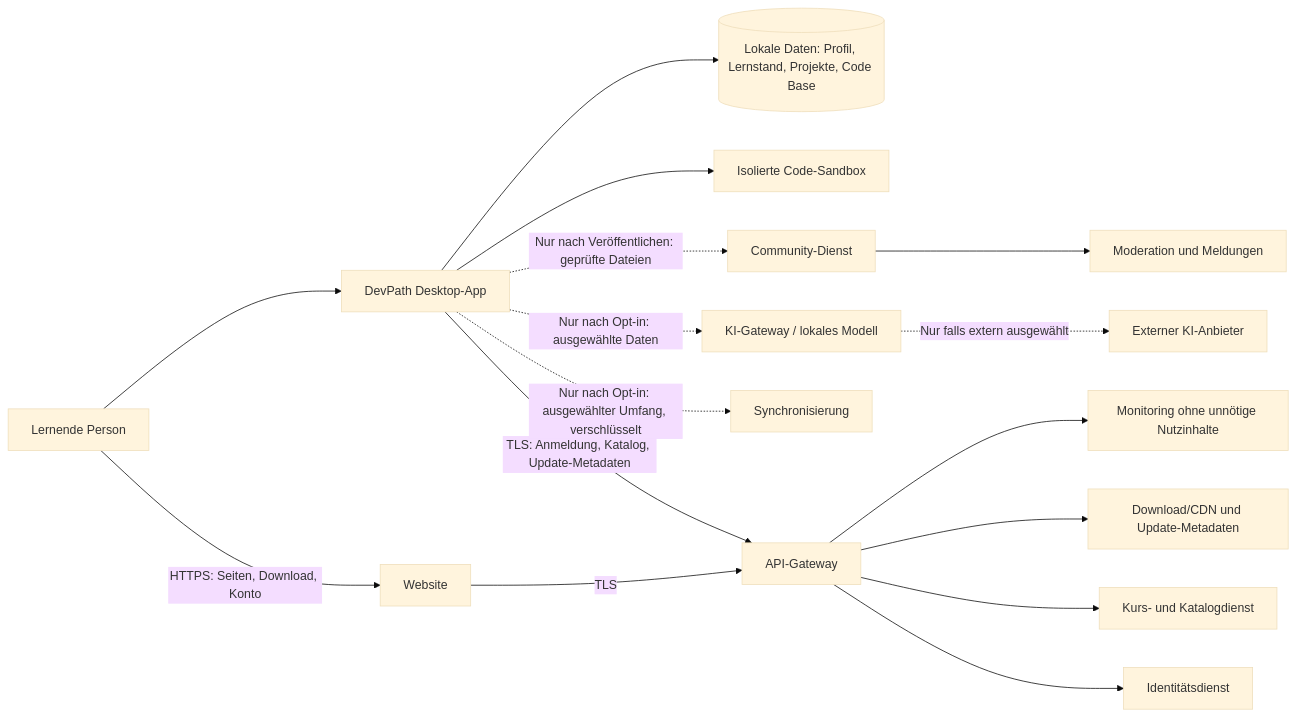
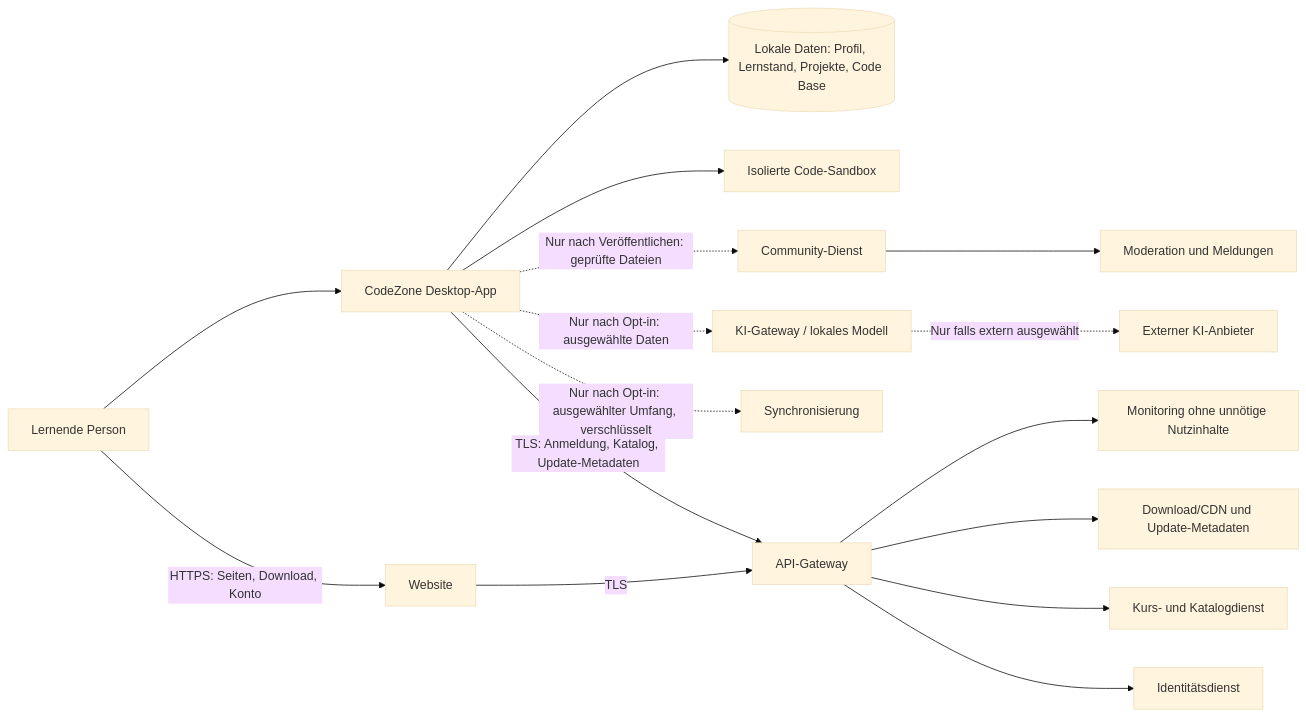
One commit to leviwehner99-licon/devpath changed the first of 4 diagrams in DEVPATH_THREAT_MODEL.md. Above: the diagram before and after it, drawn with Mermaid (base theme). The commit also changed other lines of this file and 44 other files, not shown here.

Commit message:
Rebrand DevPath to CodeZone and improve auth feedback

````diff
--- a/DEVPATH_THREAT_MODEL.md
+++ b/DEVPATH_THREAT_MODEL.md
@@ -87,18 +87,18 @@
 ```mermaid
 flowchart LR
     U[Lernende Person] -->|HTTPS: Seiten, Download, Konto| W[Website]
-    U --> A[DevPath Desktop-App]
+    U --> A[CodeZone Desktop-App]
     A --> L[(Lokale Daten: Profil, Lernstand, Projekte, Code Base)]
     A --> S[Isolierte Code-Sandbox]
     A -->|TLS: Anmeldung, Katalog, Update-Metadaten| G[API-Gateway]
     W -->|TLS| G
     G --> I[Identitätsdienst]
     G --> C[Kurs- und Katalogdienst]
     G --> D[Download/CDN und Update-Metadaten]
     A -.->|Nur nach Opt-in: ausgewählte Daten| Y[KI-Gateway / lokales Modell]
     Y -.->|Nur falls extern ausgewählt| X[Externer KI-Anbieter]
     A -.->|Nur nach Opt-in: ausgewählter Umfang, verschlüsselt| SY[Synchronisierung]
     A -.->|Nur nach Veröffentlichen: geprüfte Dateien| CM[Community-Dienst]
     CM --> MOD[Moderation und Meldungen]
     G --> O[Monitoring ohne unnötige Nutzinhalte]
 ```
````
